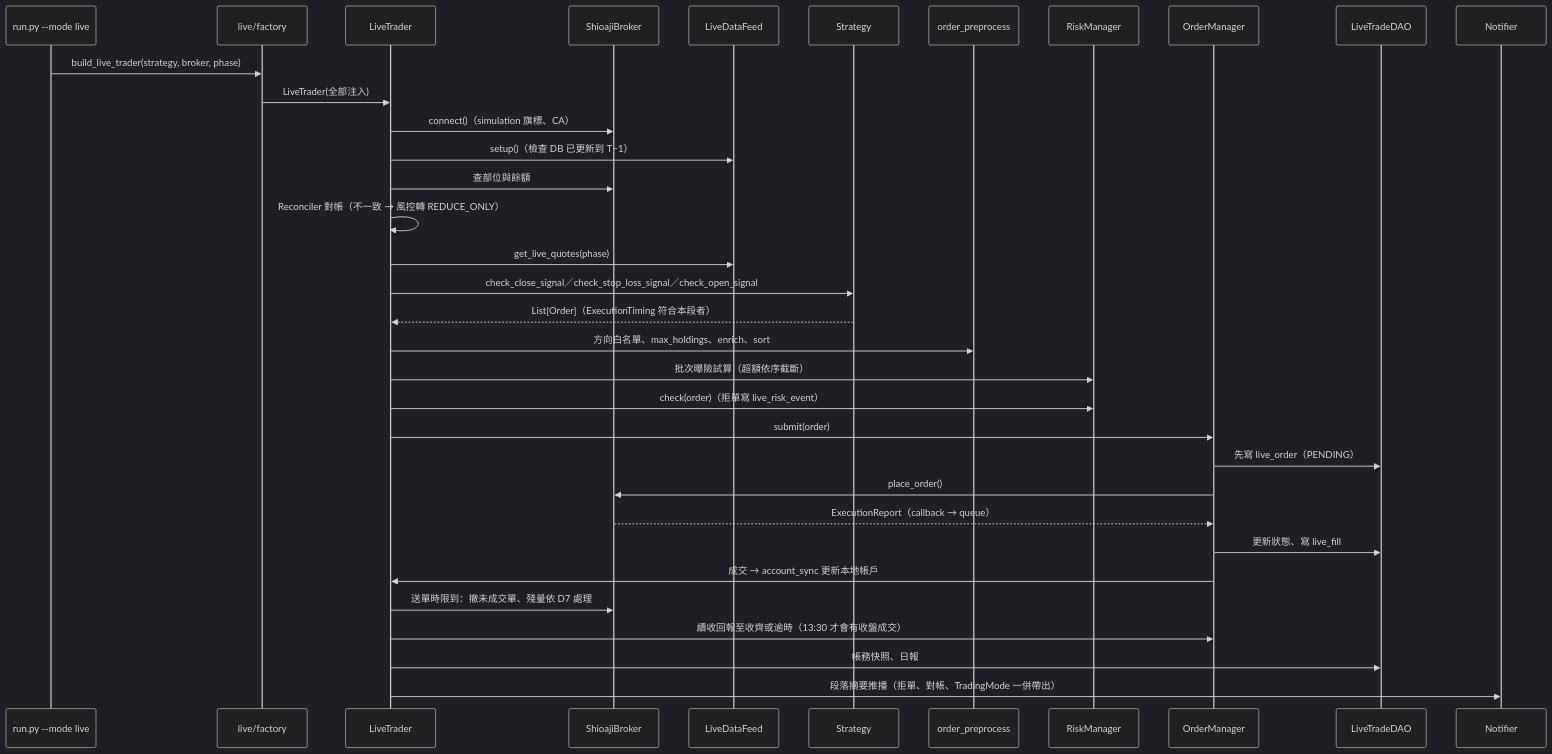
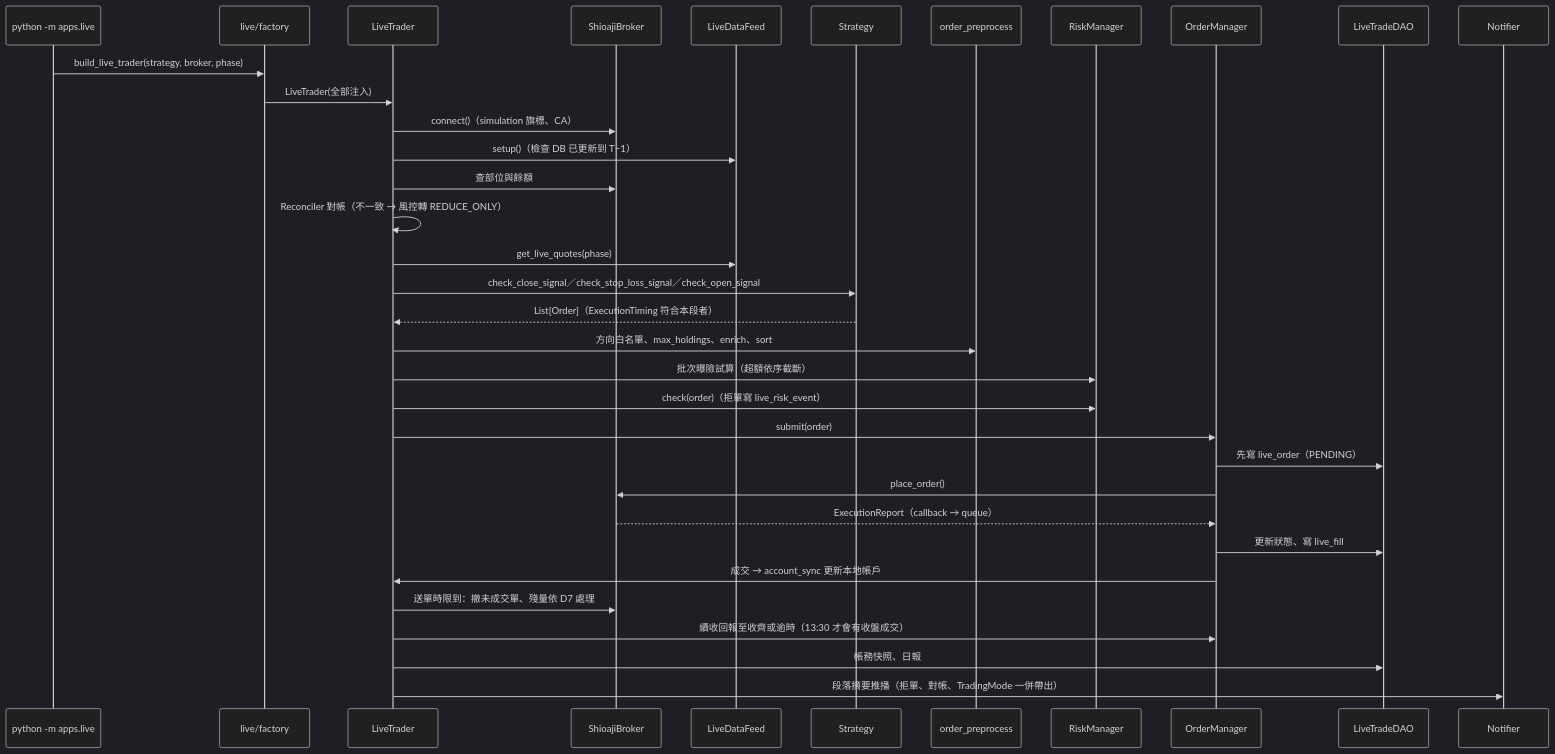
The diagram in backlog/實盤下單架構規劃.md (NYFund/alphaedge), drawn with Mermaid (dark theme) before and after one commit. The commit also changed other lines of this file and 49 other files, not shown here.

First line of the commit message:
refactor: 呼叫端全面改用 python -m apps.backtest／apps.live

````diff
--- a/backlog/實盤下單架構規劃.md
+++ b/backlog/實盤下單架構規劃.md
@@ -350,37 +350,37 @@
 ```mermaid
 sequenceDiagram
-    participant CLI as run.py --mode live
+    participant CLI as python -m apps.live
     participant F as live/factory
     participant T as LiveTrader
     participant B as ShioajiBroker
     participant Feed as LiveDataFeed
     participant S as Strategy
     participant Pre as order_preprocess
     participant R as RiskManager
     participant O as OrderManager
     participant DB as LiveTradeDAO
     participant N as Notifier
 
     CLI->>F: build_live_trader(strategy, broker, phase)
     F->>T: LiveTrader(全部注入)
     T->>B: connect()（simulation 旗標、CA）
     T->>Feed: setup()（檢查 DB 已更新到 T−1）
     T->>B: 查部位與餘額
     T->>T: Reconciler 對帳（不一致 → 風控轉 REDUCE_ONLY）
     T->>Feed: get_live_quotes(phase)
     T->>S: check_close_signal／check_stop_loss_signal／check_open_signal
     S-->>T: List[Order]（ExecutionTiming 符合本段者）
     T->>Pre: 方向白名單、max_holdings、enrich、sort
     T->>R: 批次曝險試算（超額依序截斷）
     T->>R: check(order)（拒單寫 live_risk_event）
     T->>O: submit(order)
     O->>DB: 先寫 live_order（PENDING）
     O->>B: place_order()
     B-->>O: ExecutionReport（callback → queue）
     O->>DB: 更新狀態、寫 live_fill
     O->>T: 成交 → account_sync 更新本地帳戶
     T->>B: 送單時限到：撤未成交單、殘量依 D7 處理
     T->>O: 續收回報至收齊或逾時（13:30 才會有收盤成交）
     T->>DB: 帳務快照、日報
     T->>N: 段落摘要推播（拒單、對帳、TradingMode 一併帶出）
 ```
````
